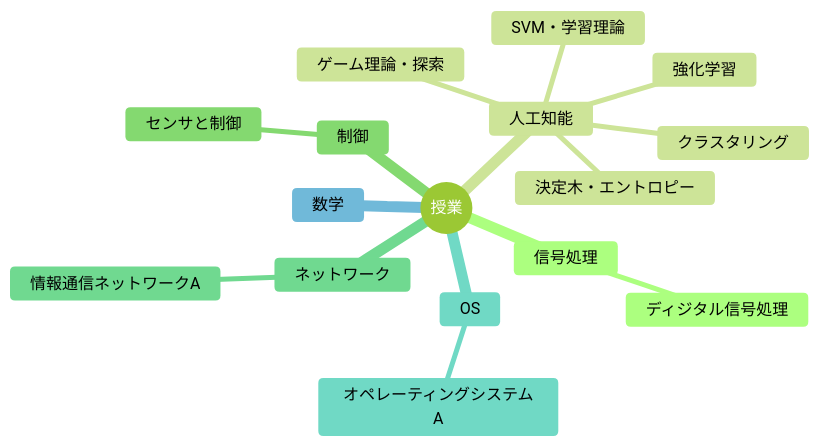
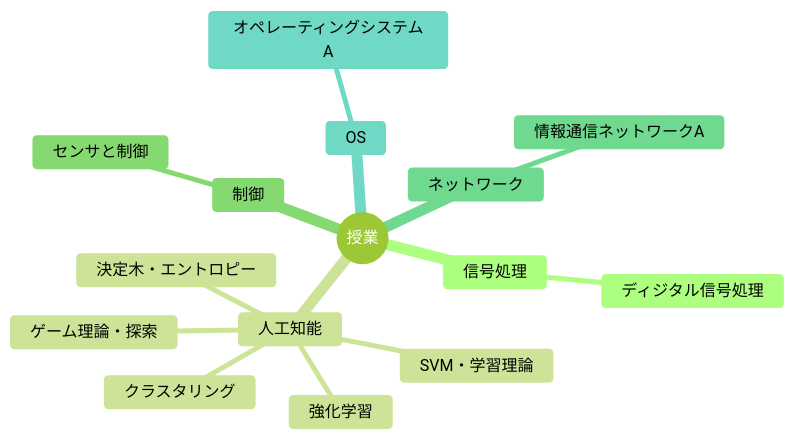
One commit to 97kuek/obsidian-vault changed the diagram in 20_Areas/授業/【MOC】授業.md. Above: the diagram before and after it, drawn with Mermaid (forest theme). The commit also changed 2 other files, not shown here.

Commit message:
vault backup: 2026-06-23 10:10:34

````diff
--- a/20_Areas/授業/【MOC】授業.md
+++ b/20_Areas/授業/【MOC】授業.md
@@ -13,19 +13,18 @@
 ```mermaid
 mindmap
   root(("授業"))
     信号処理
       ディジタル信号処理
     人工知能
       ゲーム理論・探索
       決定木・エントロピー
       強化学習
       クラスタリング
       SVM・学習理論
     制御
       センサと制御
     ネットワーク
       情報通信ネットワークA
     OS
       オペレーティングシステムA
-    数学
 ```
````
